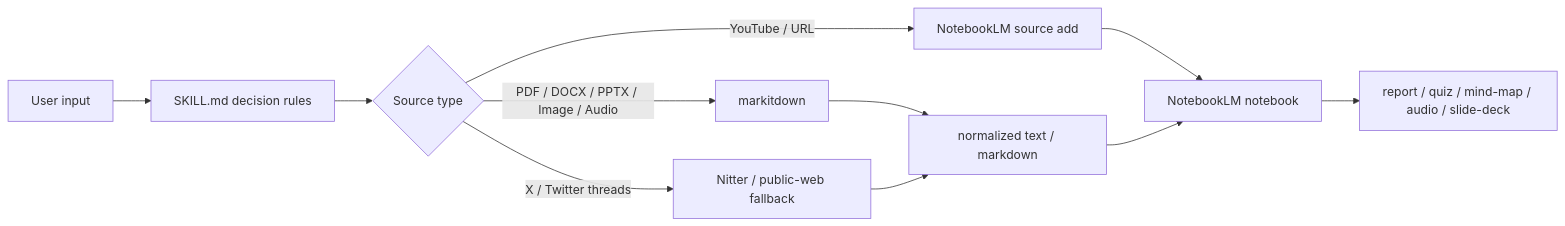
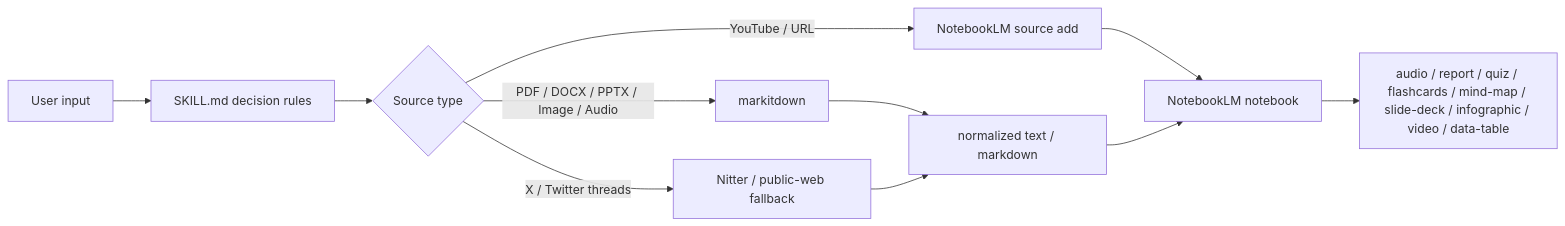
The first of 2 diagrams in README.md (tbdavid2019/anything-to-notebooklm), drawn with Mermaid before and after one commit. The commit also changed other lines of this file and 1 other file, not shown here.

````diff
--- a/README.md
+++ b/README.md
@@ -166,13 +196,13 @@
 ```mermaid
 flowchart LR
     A[User input] --> B[SKILL.md decision rules]
     B --> C{Source type}
     C -->|X / Twitter threads| D[Nitter / public-web fallback]
     C -->|YouTube / URL| E[NotebookLM source add]
     C -->|PDF / DOCX / PPTX / Image / Audio| F[markitdown]
     F --> G[normalized text / markdown]
     D --> G
     E --> H[NotebookLM notebook]
     G --> H
-    H --> I[report / quiz / mind-map / audio / slide-deck]
+    H --> I[audio / report / quiz / flashcards / mind-map / slide-deck / infographic / video / data-table]
 ```
````
